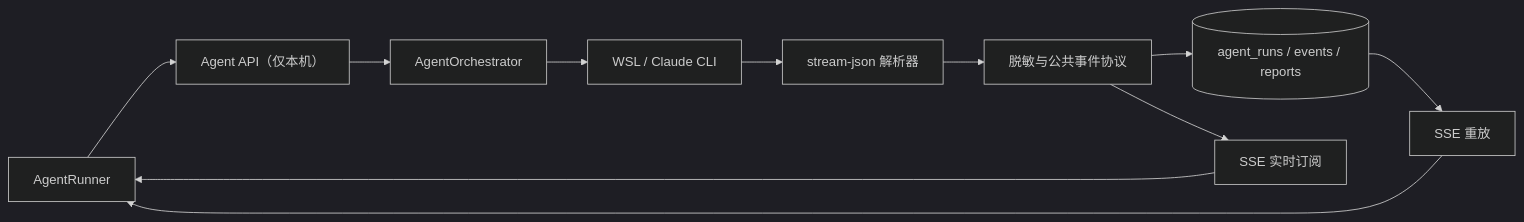
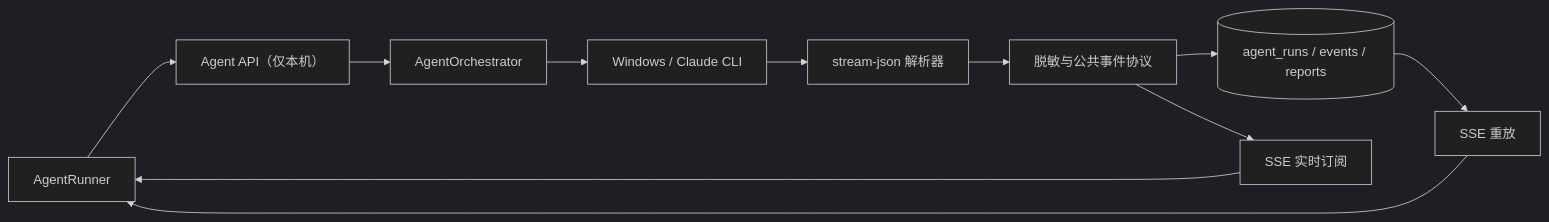
One commit to tly580474-cmyk/Quantitative-Backtesting changed the diagram in doc/05-架构设计与规划/AGENT_SYSTEM_DESIGN.md. Above: the diagram before and after it, drawn with Mermaid (dark theme). The commit also changed other lines of this file and 20 other files, not shown here.

````diff
--- a/doc/05-架构设计与规划/AGENT_SYSTEM_DESIGN.md
+++ b/doc/05-架构设计与规划/AGENT_SYSTEM_DESIGN.md
@@ -13,13 +13,13 @@
 ```mermaid
 flowchart LR
   UI["AgentRunner"] --> API["Agent API（仅本机）"]
   API --> ORC["AgentOrchestrator"]
-  ORC --> CLI["WSL / Claude CLI"]
+  ORC --> CLI["Windows / Claude CLI"]
   CLI --> PARSER["stream-json 解析器"]
   PARSER --> SAFE["脱敏与公共事件协议"]
   SAFE --> DB[("agent_runs / events / reports")]
   DB --> REPLAY["SSE 重放"]
   SAFE --> LIVE["SSE 实时订阅"]
   REPLAY --> UI
   LIVE --> UI
 ```
````
